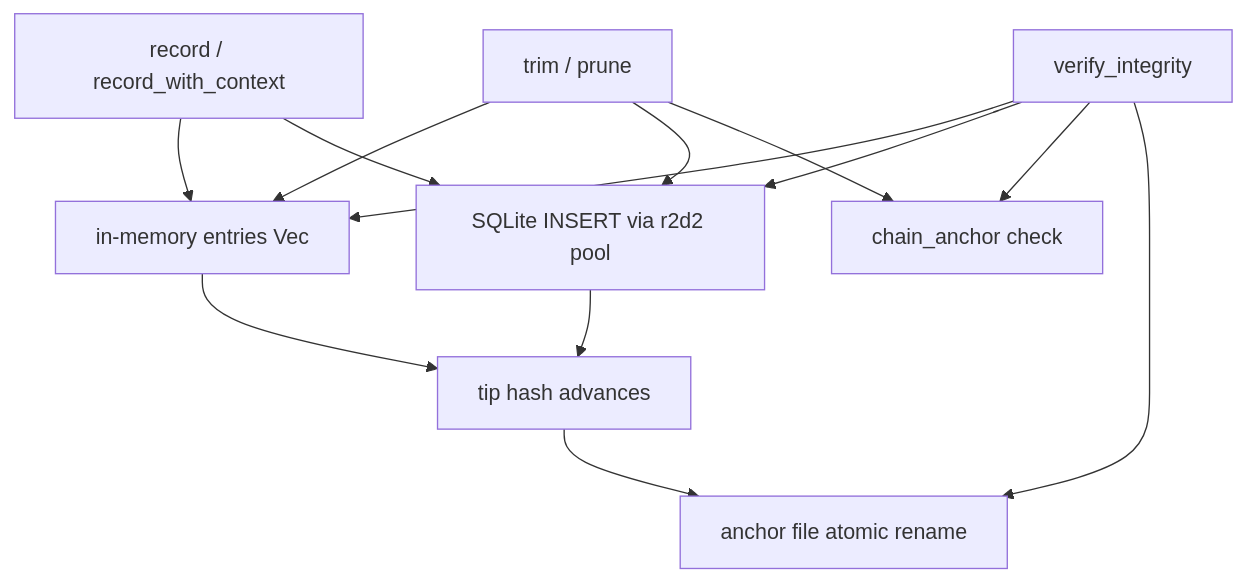
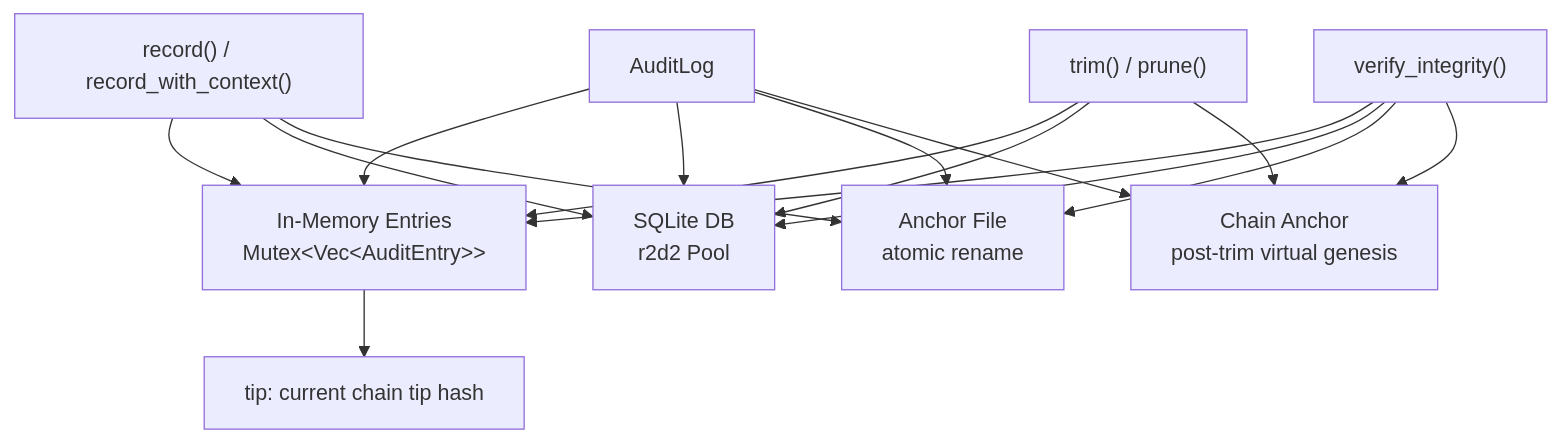
The diagram in other-librefang-runtime-audit-src.md (leszek3737/librefang-WIki), drawn with Mermaid before and after one commit. The commit also changed other lines of this file and 119 other files, not shown here.

````diff
--- a/other-librefang-runtime-audit-src.md
+++ b/other-librefang-runtime-audit-src.md
@@ -9,15 +9,18 @@
 ```mermaid
 graph TD
-    A[record / record_with_context] --> B[in-memory entries Vec]
-    A --> C[SQLite INSERT via r2d2 pool]
-    B --> D[tip hash advances]
-    C --> D
-    D --> E[anchor file atomic rename]
-    F[verify_integrity] --> B
-    F --> C
-    F --> G[chain_anchor check]
-    F --> E
-    H[trim / prune] --> B
+    A[AuditLog] --> B[In-Memory Entries<br/>Mutex&lt;Vec&lt;AuditEntry&gt;&gt;]
+    A --> C[SQLite DB<br/>r2d2 Pool]
+    A --> D[Anchor File<br/>atomic rename]
+    A --> E[Chain Anchor<br/>post-trim virtual genesis]
+    B --> F[tip: current chain tip hash]
+    record["record() / record_with_context()"] --> B
+    record --> C
+    record --> D
+    G["trim() / prune()"] --> B
+    G --> C
+    G --> E
+    H["verify_integrity()"] --> B
     H --> C
-    H --> G
+    H --> D
+    H --> E
 ```
````
